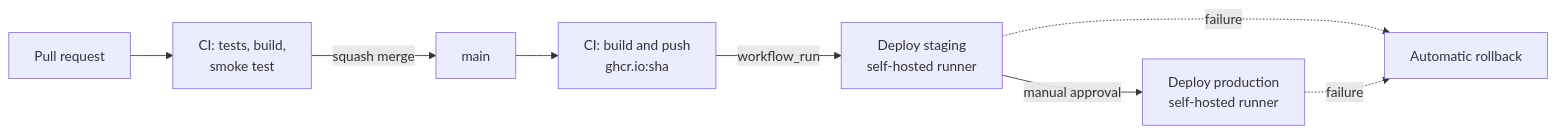
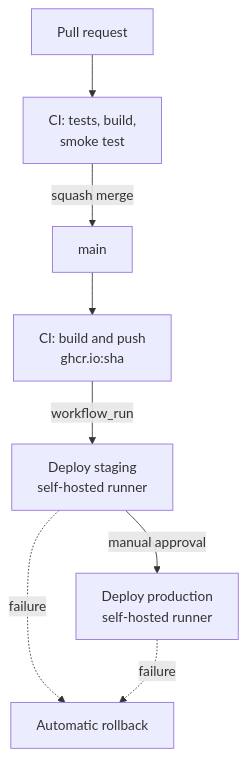
The diagram in README.md (nadiatouaiti/todo-app-cicd), drawn with Mermaid before and after one commit.

Commit message:
docs: render pipeline diagram top-down for readability (#25)

````diff
--- a/README.md
+++ b/README.md
@@ -15,10 +15,10 @@
 ```mermaid
-flowchart LR
+flowchart TD
     A[Pull request] --> B[CI: tests, build,<br/>smoke test]
     B -->|squash merge| C[main]
     C --> D[CI: build and push<br/>ghcr.io:sha]
     D -->|workflow_run| E[Deploy staging<br/>self-hosted runner]
     E -->|manual approval| F[Deploy production<br/>self-hosted runner]
     E -. failure .-> R[Automatic rollback]
     F -. failure .-> R
 ```
````
